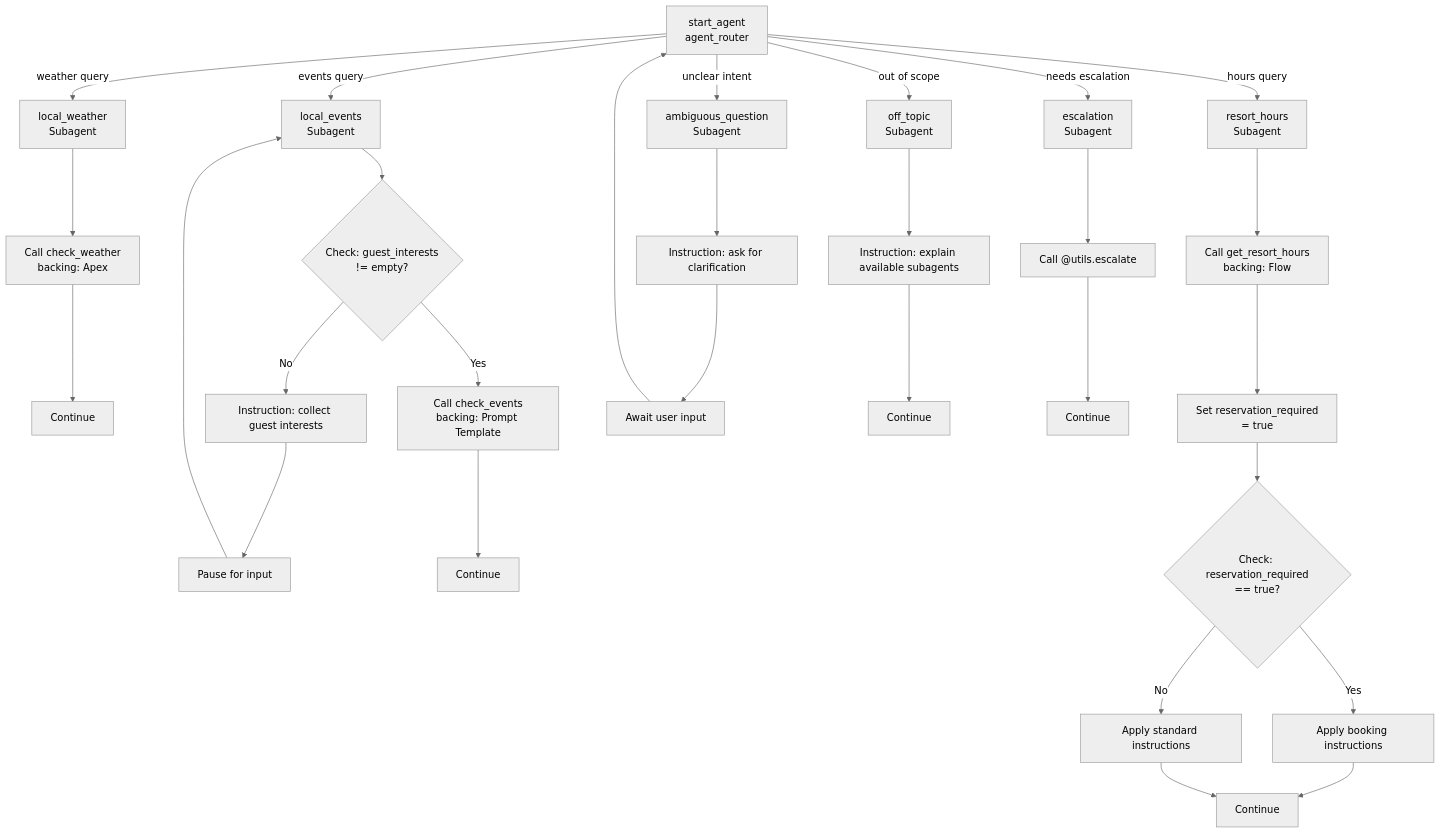
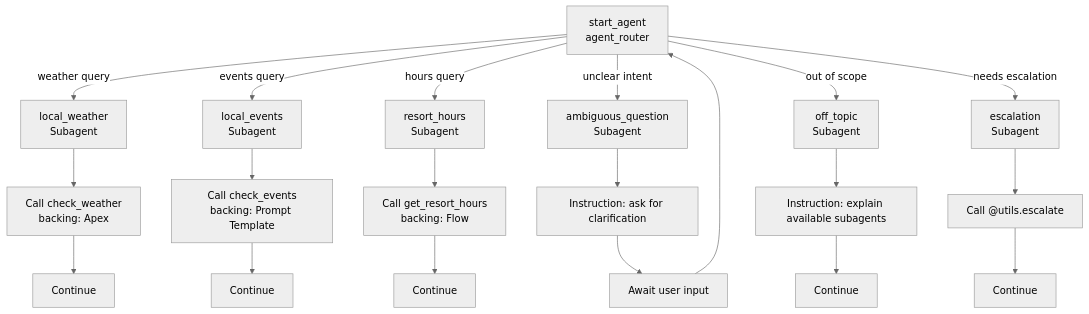
One commit to simon2432/agentforce-workspace changed diagram 12 of 12 in .agents/skills/agentforce-generate/references/agent-subagent-map-diagrams.md. Above: the diagram before and after it, drawn with Mermaid. The commit also changed other lines of this file and 3703 other files, not shown here.

````diff
--- a/.agents/skills/agentforce-generate/references/agent-subagent-map-diagrams.md
+++ b/.agents/skills/agentforce-generate/references/agent-subagent-map-diagrams.md
@@ -217,40 +235,31 @@
 ```mermaid
 %%{init: {'theme':'neutral'}}%%
 graph TD
     A[start_agent<br/>agent_router]
 
     A -->|weather query| B[local_weather<br/>Subagent]
     A -->|events query| C[local_events<br/>Subagent]
     A -->|hours query| D[resort_hours<br/>Subagent]
     A -->|unclear intent| E[ambiguous_question<br/>Subagent]
     A -->|out of scope| F[off_topic<br/>Subagent]
     A -->|needs escalation| G[escalation<br/>Subagent]
 
     B --> B1[Call check_weather<br/>backing: Apex]
     B1 --> B2[Continue]
 
-    C --> C1{Check: guest_interests<br/>!= empty?}
-    C1 -->|No| C2[Instruction: collect guest interests]
-    C1 -->|Yes| C3[Call check_events<br/>backing: Prompt Template]
-    C2 --> C4[Pause for input]
-    C4 --> C
-    C3 --> C5[Continue]
+    C --> C1[Call check_events<br/>backing: Prompt Template]
+    C1 --> C2[Continue]
 
     D --> D1[Call get_resort_hours<br/>backing: Flow]
-    D1 --> D2[Set reservation_required<br/>= true]
-    D2 --> D3{Check: reservation_required<br/>== true?}
-    D3 -->|Yes| D4[Apply booking instructions]
-    D3 -->|No| D5[Apply standard instructions]
-    D4 --> D6[Continue]
-    D5 --> D6
+    D1 --> D2[Continue]
 
     E --> E1[Instruction: ask for clarification]
     E1 --> E2[Await user input]
     E2 --> A
 
     F --> F1[Instruction: explain available subagents]
     F1 --> F2[Continue]
 
     G --> G1[Call @utils.escalate]
     G1 --> G2[Continue]
 ```
````
